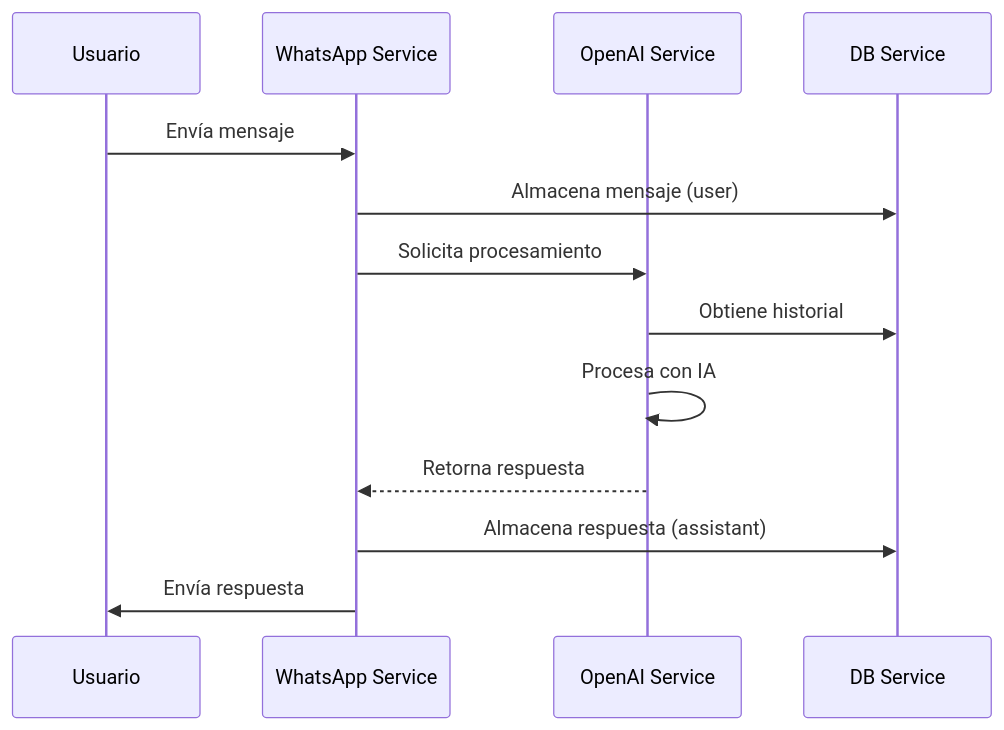
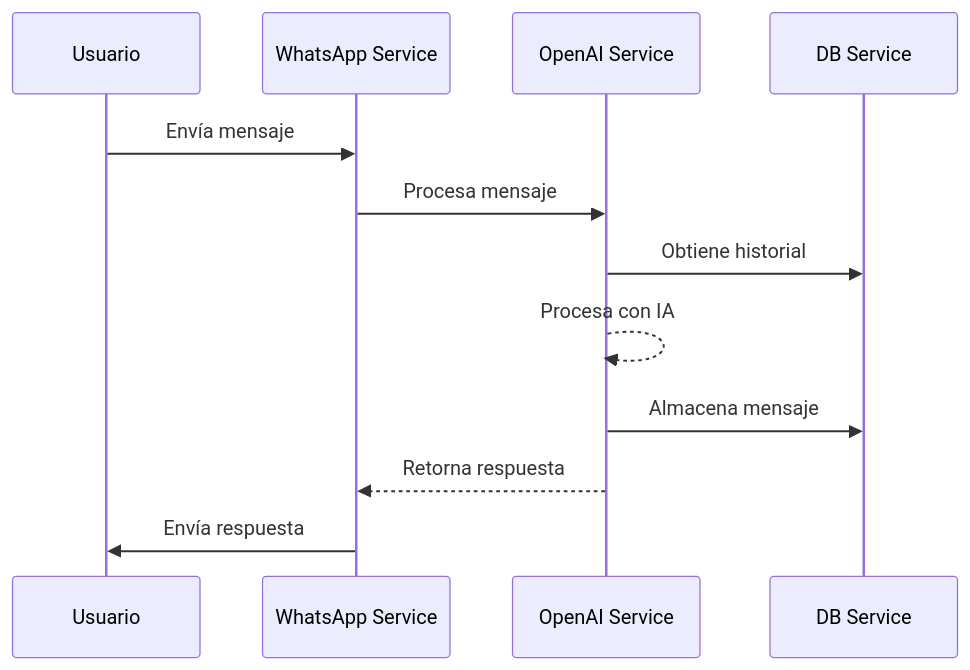
Before and after one commit to alonsodlamilla/tuthoria_1: the diagram in README.md, drawn with Mermaid. The commit also changed other lines of this file and 1 other file, not shown here.

````diff
--- a/README.md
+++ b/README.md
@@ -28,16 +31,15 @@
 ```mermaid
 sequenceDiagram
     participant U as Usuario
     participant W as WhatsApp Service
     participant O as OpenAI Service
     participant D as DB Service
     
     U->>W: Envía mensaje
-    W->>D: Almacena mensaje (user)
-    W->>O: Solicita procesamiento
+    W->>O: Procesa mensaje
     O->>D: Obtiene historial
-    O->>O: Procesa con IA
+    O-->>O: Procesa con IA
+    O->>D: Almacena mensaje
     O-->>W: Retorna respuesta
-    W->>D: Almacena respuesta (assistant)
     W->>U: Envía respuesta
 ```
````
